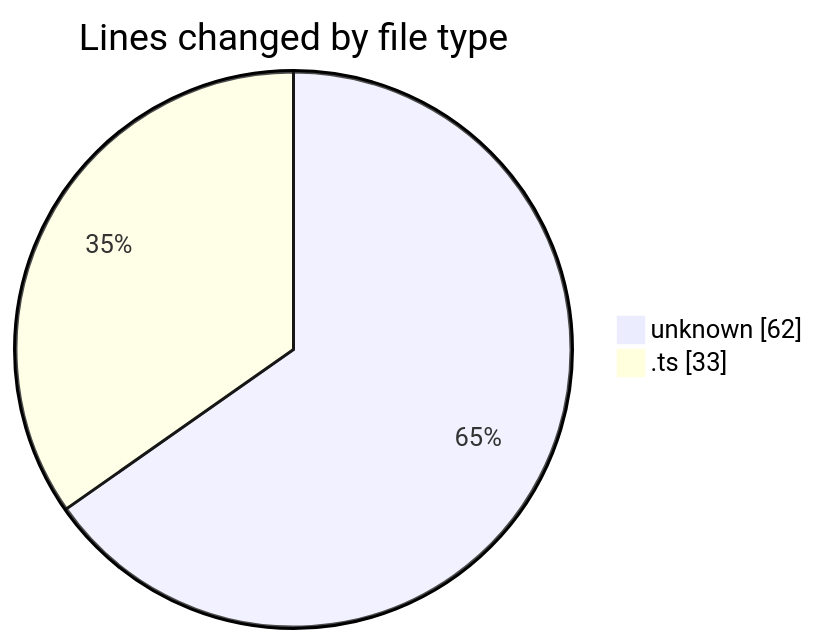
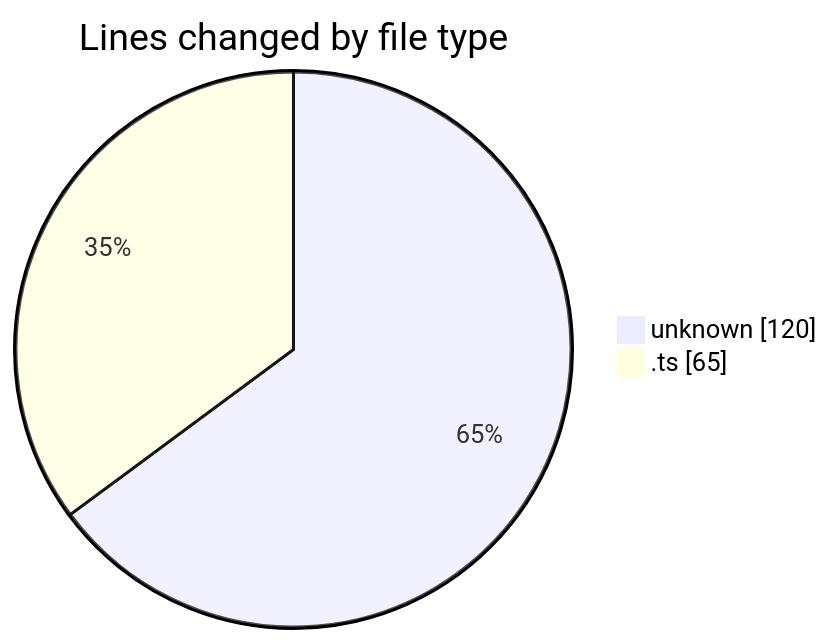
One commit to Elitesun/code-tracking changed the first of 2 diagrams in 2025-05-17/niten/README.md. Above: the diagram before and after it, drawn with Mermaid. The commit also changed other lines of this file and 1 other file, not shown here.

````diff
--- a/2025-05-17/niten/README.md
+++ b/2025-05-17/niten/README.md
@@ -22,6 +22,6 @@
 ```mermaid
 pie showData
 title Lines changed by file type
-"unknown" : 62
-".ts" : 33
+"unknown" : 120
+".ts" : 65
 ```
````
